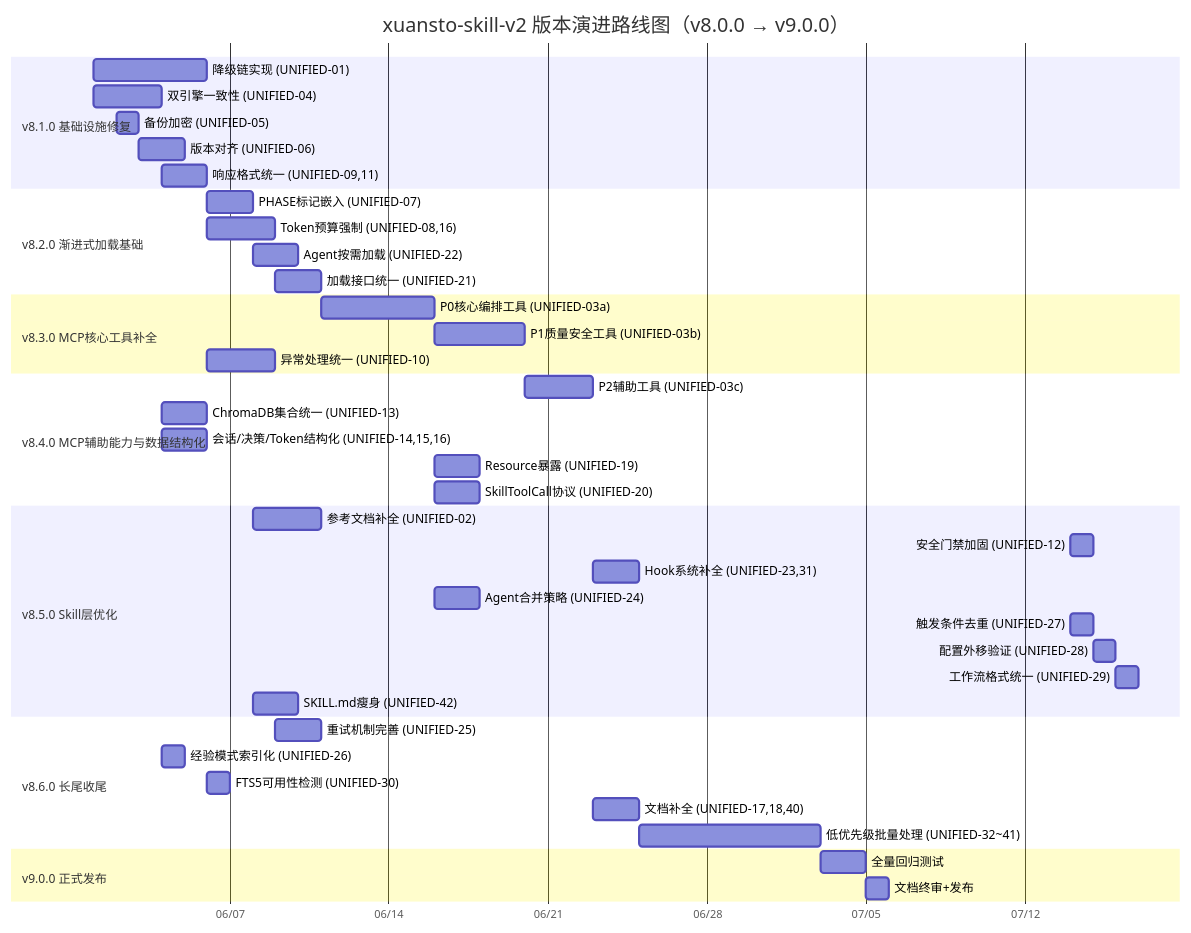
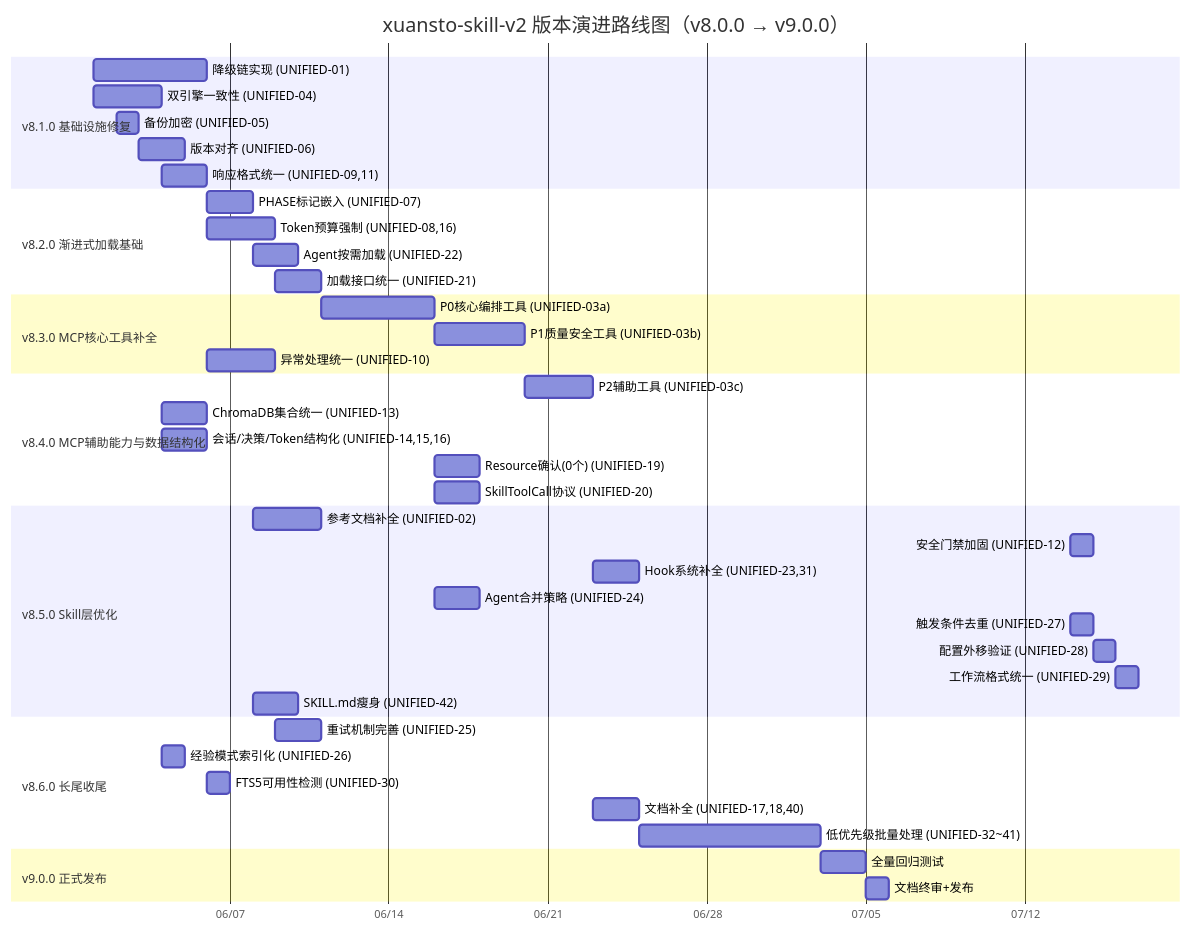
Before and after one commit to xuanyuanchumo/xuansto: the second of 4 diagrams in docs/plan/v-l.md, drawn with Mermaid. The commit also changed other lines of this file and 4 other files, not shown here.

````diff
--- a/docs/plan/v-l.md
+++ b/docs/plan/v-l.md
@@ -138,52 +138,52 @@
 ```mermaid
 gantt
     title xuansto-skill-v2 版本演进路线图（v8.0.0 → v9.0.0）
     dateFormat YYYY-MM-DD
     axisFormat %m/%d
 
     section v8.1.0 基础设施修复
     降级链实现 (UNIFIED-01)           :r0_1, 2026-06-01, 5d
     双引擎一致性 (UNIFIED-04)         :r0_2, 2026-06-01, 3d
     备份加密 (UNIFIED-05)             :r0_3, 2026-06-02, 1d
     版本对齐 (UNIFIED-06)             :r0_4, 2026-06-03, 2d
     响应格式统一 (UNIFIED-09,11)      :r0_5, 2026-06-04, 2d
 
     section v8.2.0 渐进式加载基础
     PHASE标记嵌入 (UNIFIED-07)        :r1_1, after r0_5, 2d
     Token预算强制 (UNIFIED-08,16)     :r1_2, after r0_5, 3d
     Agent按需加载 (UNIFIED-22)        :r1_3, after r1_1, 2d
     加载接口统一 (UNIFIED-21)         :r1_4, after r1_2, 2d
 
     section v8.3.0 MCP核心工具补全
     P0核心编排工具 (UNIFIED-03a)      :r2_1, after r1_4, 5d
     P1质量安全工具 (UNIFIED-03b)      :r2_2, after r2_1, 4d
     异常处理统一 (UNIFIED-10)         :r2_4, after r0_5, 3d
 
     section v8.4.0 MCP辅助能力与数据结构化
     P2辅助工具 (UNIFIED-03c)          :r2_3, after r2_2, 3d
     ChromaDB集合统一 (UNIFIED-13)     :r2_5, after r0_2, 2d
     会话/决策/Token结构化 (UNIFIED-14,15,16) :r2_6, after r0_2, 2d
-    Resource暴露 (UNIFIED-19)         :r2_7, after r2_1, 2d
+    Resource确认(0个) (UNIFIED-19)     :r2_7, after r2_1, 2d
     SkillToolCall协议 (UNIFIED-20)    :r2_8, after r2_1, 2d
 
     section v8.5.0 Skill层优化
     参考文档补全 (UNIFIED-02)         :r3_1, after r1_1, 3d
     安全门禁加固 (UNIFIED-12)         :r3_2, 2026-07-14, 1d
     Hook系统补全 (UNIFIED-23,31)      :r3_3, after r2_3, 2d
     Agent合并策略 (UNIFIED-24)        :r3_4, after r2_1, 2d
     触发条件去重 (UNIFIED-27)         :r3_5, 2026-07-14, 1d
     配置外移验证 (UNIFIED-28)         :r3_6, 2026-07-15, 1d
     工作流格式统一 (UNIFIED-29)       :r3_7, 2026-07-16, 1d
     SKILL.md瘦身 (UNIFIED-42)         :r3_8, after r1_1, 2d
 
     section v8.6.0 长尾收尾
     重试机制完善 (UNIFIED-25)         :r4_1, after r2_4, 2d
     经验模式索引化 (UNIFIED-26)       :r4_2, after r0_2, 1d
     FTS5可用性检测 (UNIFIED-30)       :r4_3, after r0_1, 1d
     文档补全 (UNIFIED-17,18,40)       :r4_4, after r2_3, 2d
     低优先级批量处理 (UNIFIED-32~41)  :r4_5, after r4_4, 8d
 
     section v9.0.0 正式发布
     全量回归测试                      :rel1, after r4_5, 2d
     文档终审+发布                     :rel2, after rel1, 1d
 ```
````
